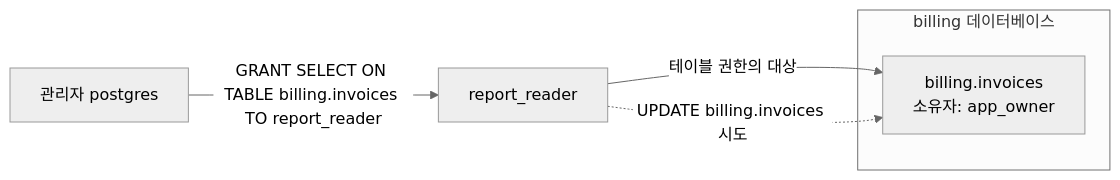
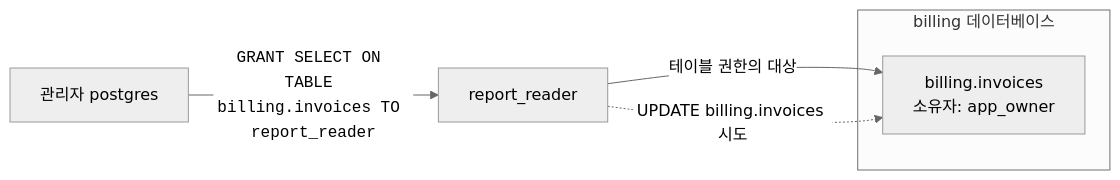
Before and after one commit to choisungwook/akbun-aitools: the diagram in plugins/akbun-draw/skills/akbun-draw-mermaid-database-garam/references/example.md, drawn with Mermaid (neutral theme). The commit also changed 8 other files, not shown here.

Commit message:
fix(akbun-draw): mermaid-database-garam GRANT SQL 라벨을 화살표 위 글씨로 표시 (#389)

````diff
--- a/plugins/akbun-draw/skills/akbun-draw-mermaid-database-garam/references/example.md
+++ b/plugins/akbun-draw/skills/akbun-draw-mermaid-database-garam/references/example.md
@@ -11,9 +11,9 @@
 ```mermaid
 flowchart LR
-    Admin["관리자 postgres"] -->|"GRANT SELECT ON TABLE billing.invoices TO report_reader"| R["report_reader"]
+    Admin["관리자 postgres"] -->|"<code>GRANT SELECT ON TABLE billing.invoices TO report_reader</code>"| R["report_reader"]
     subgraph Billing["billing 데이터베이스"]
         T["billing.invoices<br/>소유자: app_owner"]
     end
     R -->|"테이블 권한의 대상"| T
     R -.->|"UPDATE billing.invoices 시도"| T
 ```
````
